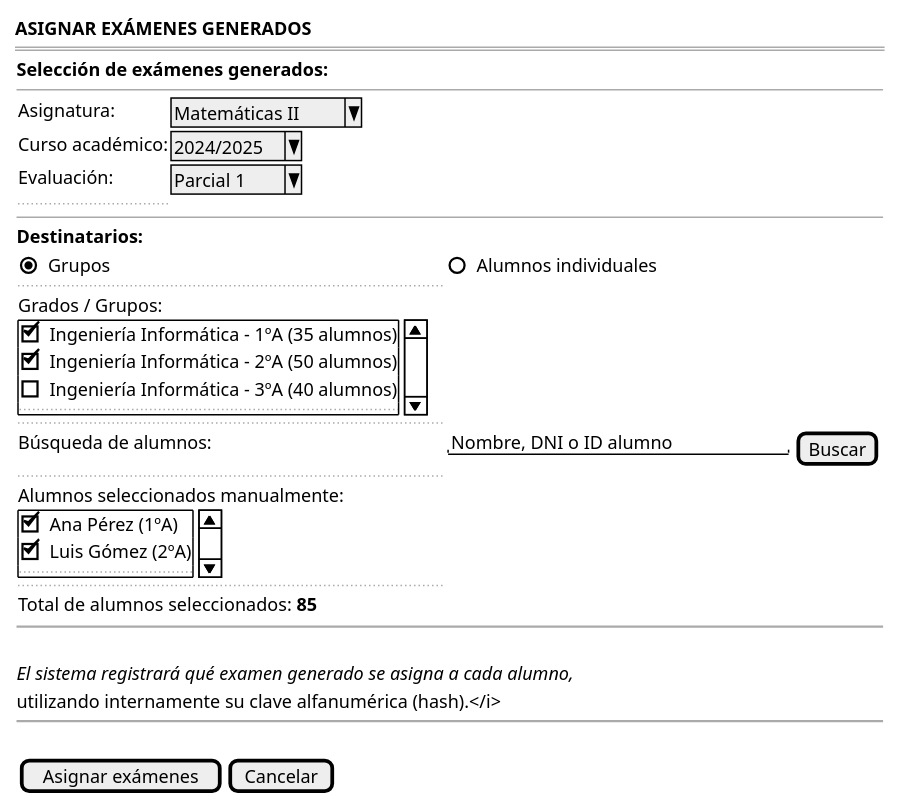
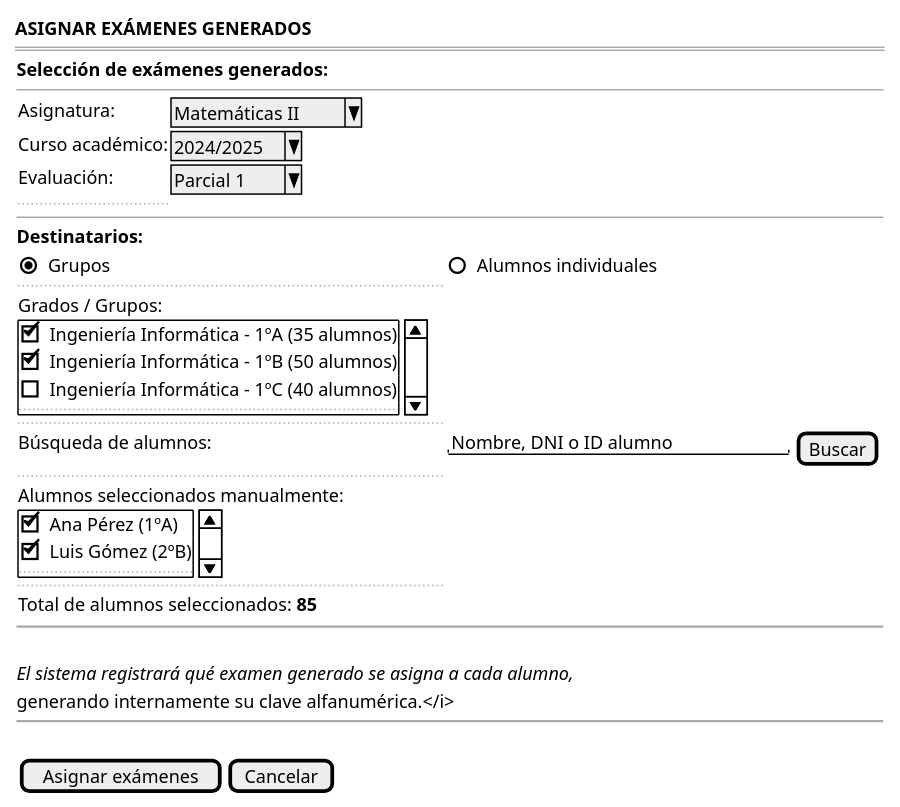
Before and after one commit to martinlopez7/25-26-IdSw1-SdR: the diagram in documents/casos-de-uso/prototipadoCasosDeUso/asignarExamenes/asignarExamenes.puml, drawn with PlantUML. The commit also changed 13 other files, not shown here.

```diff
--- a/documents/casos-de-uso/prototipadoCasosDeUso/asignarExamenes/asignarExamenes.puml
+++ b/documents/casos-de-uso/prototipadoCasosDeUso/asignarExamenes/asignarExamenes.puml
@@ -1,52 +1,51 @@
 @startsalt asignarExamenes_FORMULARIO
 {
     <b>ASIGNAR EXÁMENES GENERADOS</b>
     ===
     {
         <b>Selección de exámenes generados:</b>
         --
         {
             Asignatura:      | ^Matemáticas II^
             Curso académico: | ^2024/2025^
             Evaluación:      | ^Parcial 1^
             ..
-           
         }
         
         --
         
         <b>Destinatarios:</b>
         {
             (X) Grupos | ( ) Alumnos individuales
             ..
             Grados / Grupos:
             {SI
                 [X] Ingeniería Informática - 1ºA (35 alumnos)
-                [X] Ingeniería Informática - 2ºA (50 alumnos)
-                [ ] Ingeniería Informática - 3ºA (40 alumnos)
+                [X] Ingeniería Informática - 1ºB (50 alumnos)
+                [ ] Ingeniería Informática - 1ºC (40 alumnos)
                 ...
             }
             ..
             Búsqueda de alumnos: | "Nombre, DNI o ID alumno     " | [Buscar]
             ..
             Alumnos seleccionados manualmente:
             {SI
                 [X] Ana Pérez (1ºA)
-                [X] Luis Gómez (2ºA)
+                [X] Luis Gómez (2ºB)
                 ...
             }
             ..
             Total de alumnos seleccionados: <b>85</b>
         }
         
         ~~
         .
         <i>El sistema registrará qué examen generado se asigna a cada alumno,
-        utilizando internamente su clave alfanumérica (hash).</i>
+        generando internamente su clave alfanumérica.</i>
         
         ~~
         .
         {[Asignar exámenes] | [Cancelar]}
     }
 }
 @endsalt
```
